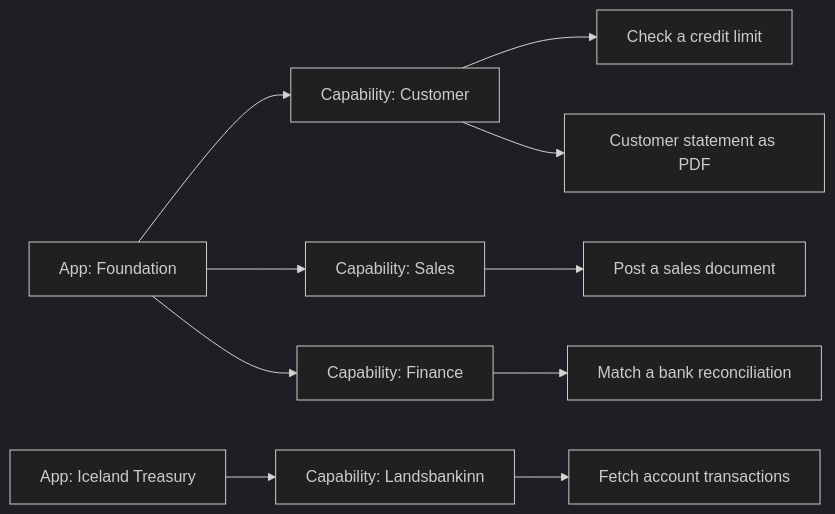
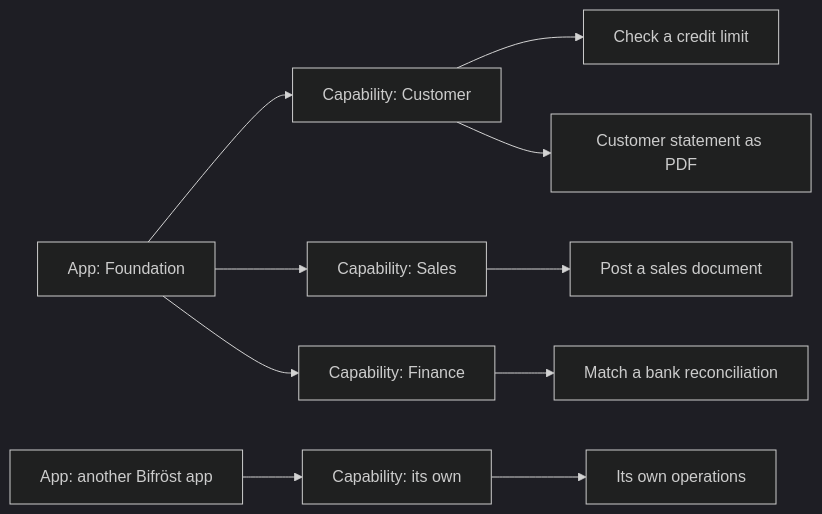
Before and after one commit to businesscentralal/bifrost: the diagram in docs/documentation/how-it-works.md, drawn with Mermaid (dark theme). The commit also changed other lines of this file and 18 other files, not shown here.

````diff
--- a/docs/documentation/how-it-works.md
+++ b/docs/documentation/how-it-works.md
@@ -42,12 +42,12 @@
 ```mermaid
 flowchart LR
   F["App: Foundation"] --> C1["Capability: Customer"]
   F --> C2["Capability: Sales"]
   F --> C3["Capability: Finance"]
-  T["App: Iceland Treasury"] --> C4["Capability: Landsbankinn"]
+  T["App: another Bifröst app"] --> C4["Capability: its own"]
   C1 --> M1["Check a credit limit"]
   C1 --> M2["Customer statement as PDF"]
   C2 --> M3["Post a sales document"]
   C3 --> M4["Match a bank reconciliation"]
-  C4 --> M5["Fetch account transactions"]
+  C4 --> M5["Its own operations"]
 ```
````
